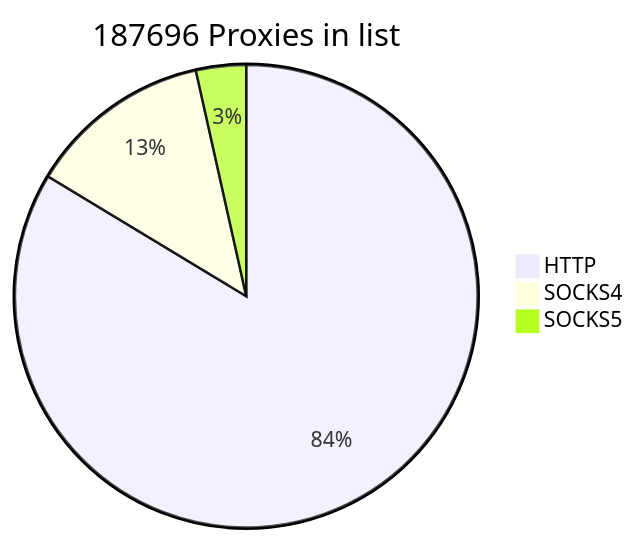
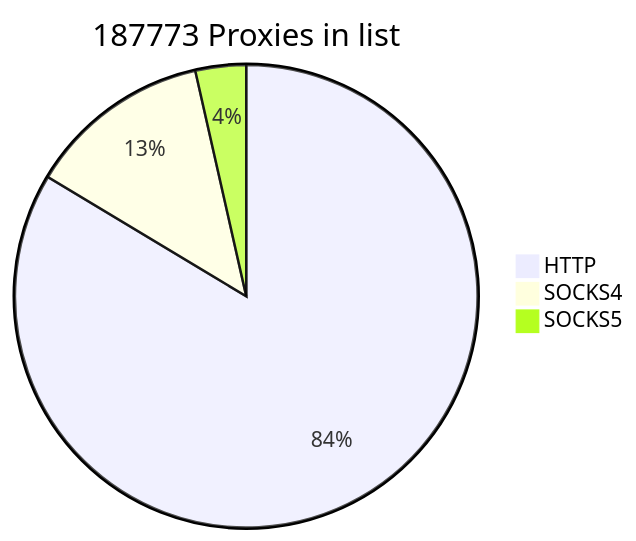
Before and after one commit to cutipu/proxylist: the first of 2 diagrams in README.md, drawn with Mermaid. The commit also changed other lines of this file, not shown here.

````diff
--- a/README.md
+++ b/README.md
@@ -2,7 +2,7 @@
 ```mermaid
-pie title 187696 Proxies in list
+pie title 187773 Proxies in list
     "HTTP" : 157004
-    "SOCKS4" : 24123
-    "SOCKS5" : 6569
+    "SOCKS4" : 24125
+    "SOCKS5" : 6644
             
 ```
````
